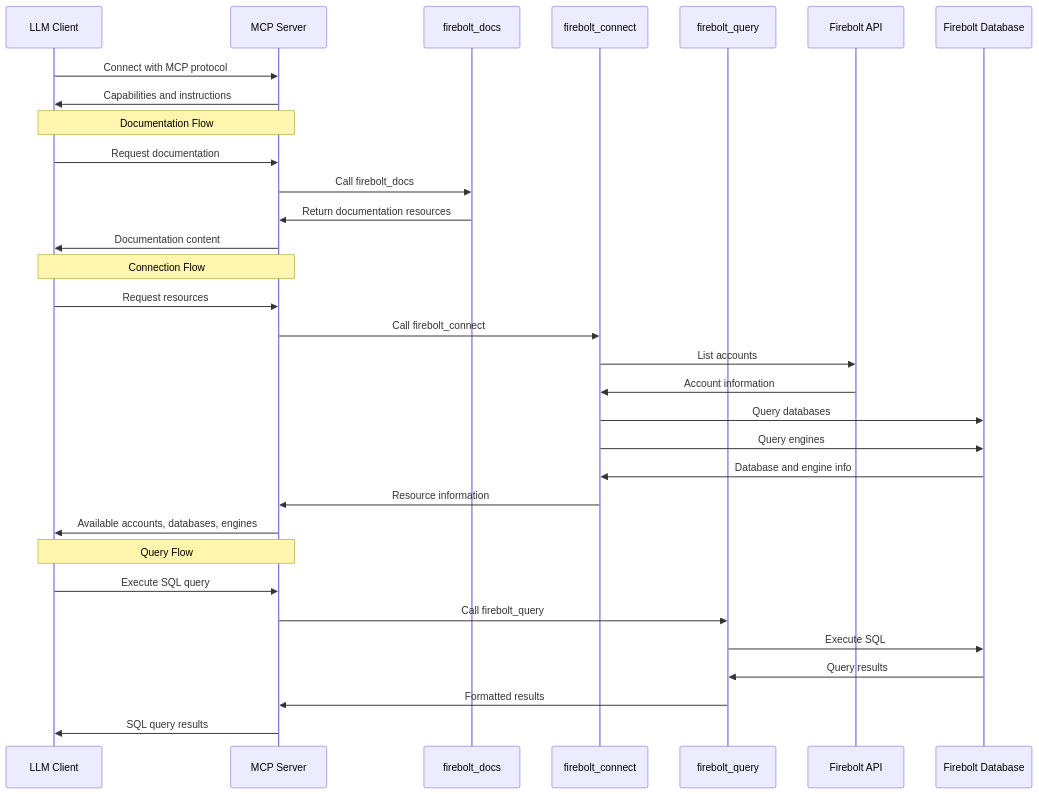
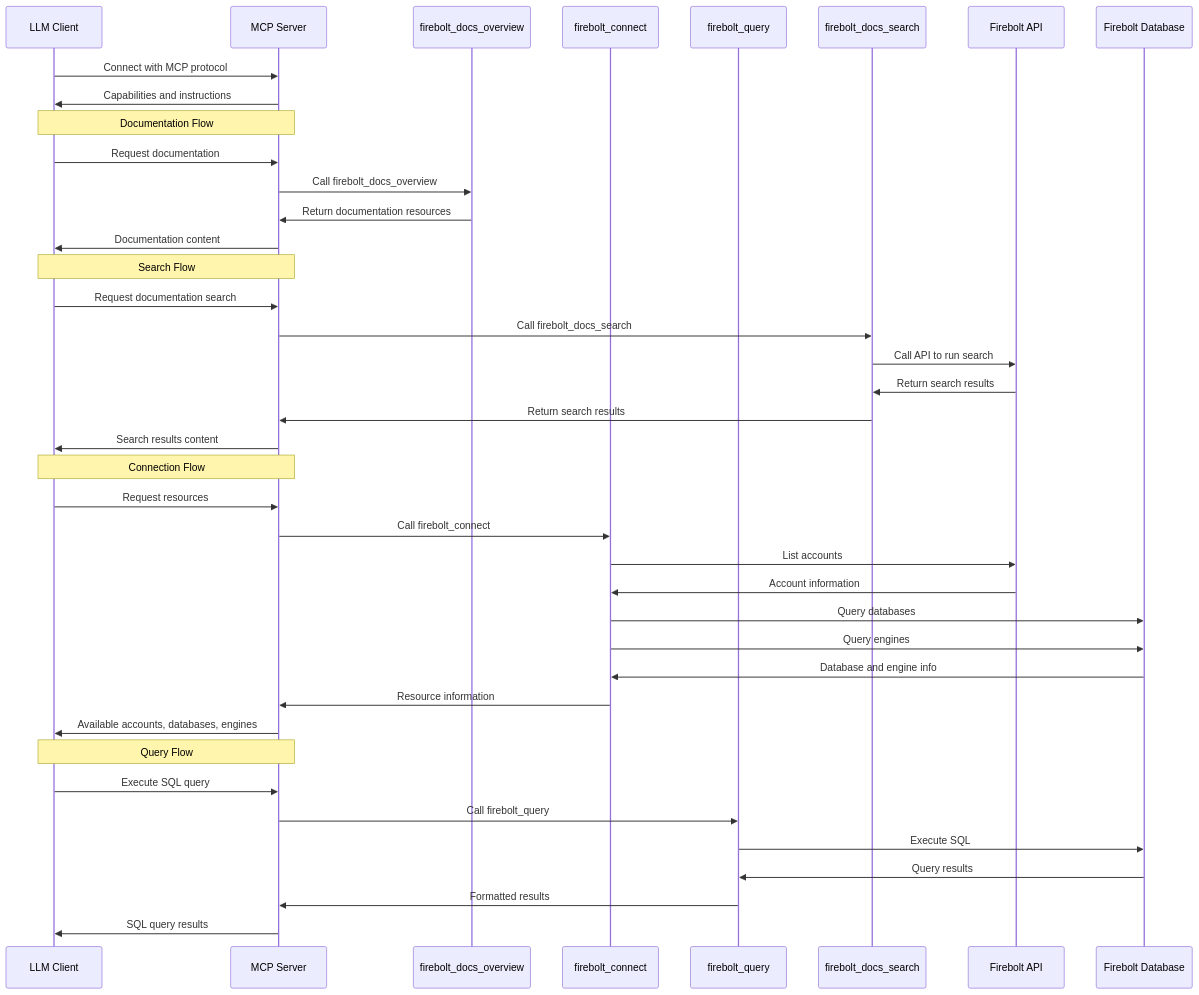
Before and after one commit to firebolt-db/mcp-server: the second of 3 diagrams in docs/overview.md, drawn with Mermaid. The commit also changed other lines of this file and 19 other files, not shown here.

````diff
--- a/docs/overview.md
+++ b/docs/overview.md
@@ -134,38 +140,47 @@
 ```mermaid
 sequenceDiagram
     participant LLM as LLM Client
     participant Server as MCP Server
-    participant Docs as firebolt_docs
+    participant Docs as firebolt_docs_overview
     participant Connect as firebolt_connect
     participant Query as firebolt_query
+    participant Search as firebolt_docs_search
     participant FireboltAPI as Firebolt API
     participant FireboltDB as Firebolt Database
 
     LLM->>Server: Connect with MCP protocol
     Server->>LLM: Capabilities and instructions
     
     Note over LLM, Server: Documentation Flow
     LLM->>Server: Request documentation
-    Server->>Docs: Call firebolt_docs
+    Server->>Docs: Call firebolt_docs_overview
     Docs->>Server: Return documentation resources
     Server->>LLM: Documentation content
+    
+    Note over LLM, Server: Search Flow
+    LLM->>Server: Request documentation search
+    Server->>Search: Call firebolt_docs_search
+    Search->>FireboltAPI: Call API to run search
+    FireboltAPI->>Search: Return search results
+    Search->>Server: Return search results
+    Server->>LLM: Search results content
     
     Note over LLM, Server: Connection Flow
     LLM->>Server: Request resources
     Server->>Connect: Call firebolt_connect
     Connect->>FireboltAPI: List accounts
     FireboltAPI->>Connect: Account information
     Connect->>FireboltDB: Query databases
     Connect->>FireboltDB: Query engines
     FireboltDB->>Connect: Database and engine info
     Connect->>Server: Resource information
     Server->>LLM: Available accounts, databases, engines
     
     Note over LLM, Server: Query Flow
     LLM->>Server: Execute SQL query
     Server->>Query: Call firebolt_query
     Query->>FireboltDB: Execute SQL
     FireboltDB->>Query: Query results
     Query->>Server: Formatted results
     Server->>LLM: SQL query results
 ```
````
